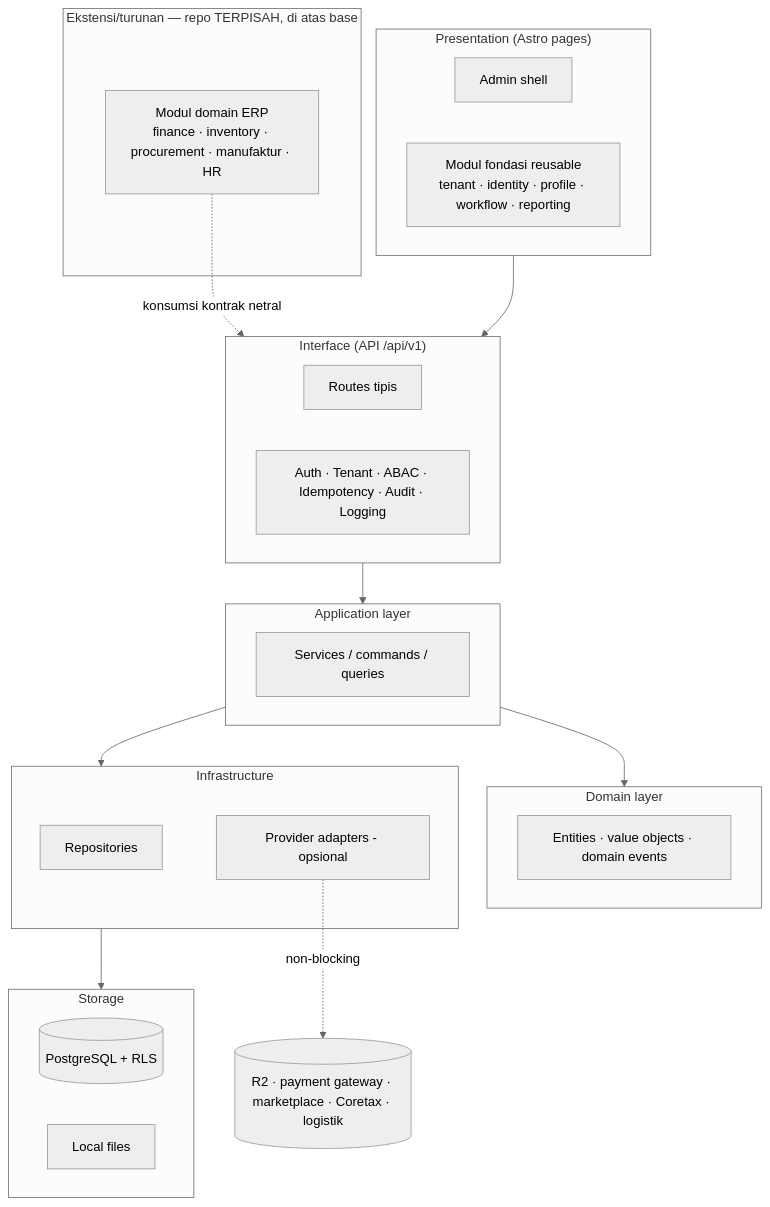
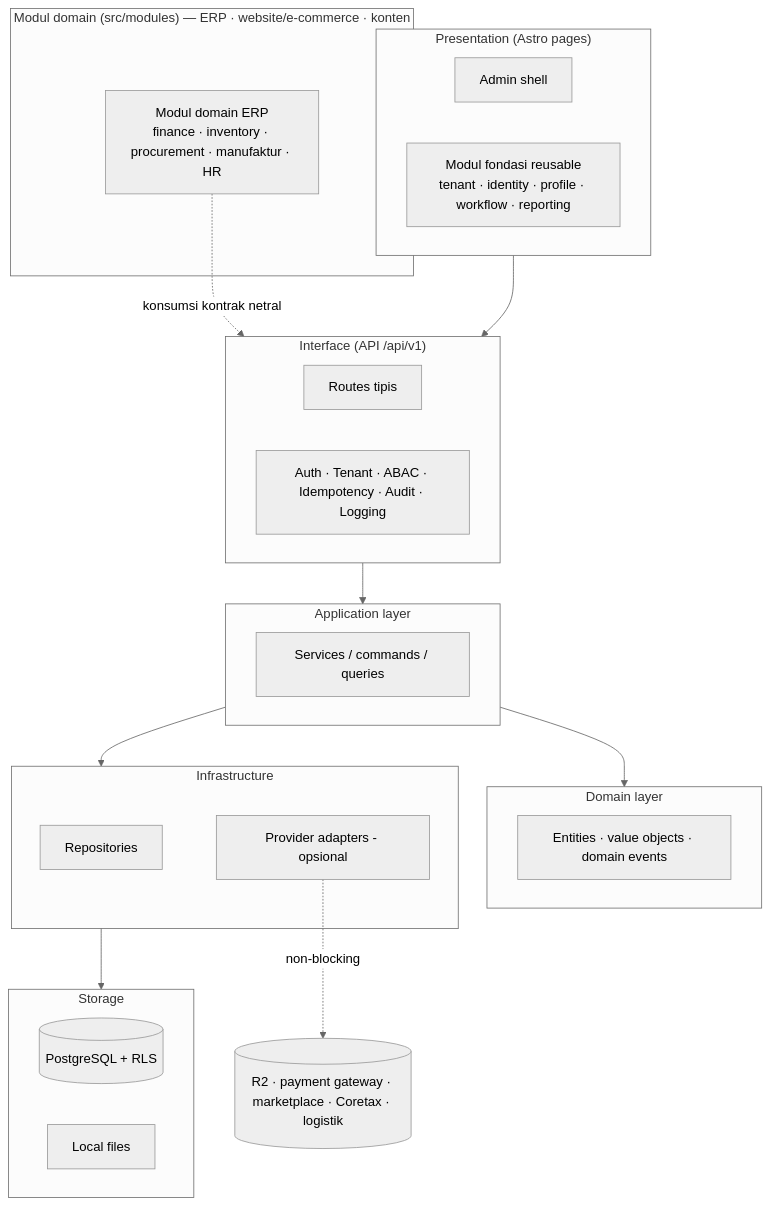
One commit to ahliweb/awcms changed the first of 3 diagrams in docs/awcms/01_canvas_induk.md. Above: the diagram before and after it, drawn with Mermaid (neutral theme). The commit also changed other lines of this file and 21 other files, not shown here.

````diff
--- a/docs/awcms/01_canvas_induk.md
+++ b/docs/awcms/01_canvas_induk.md
@@ -27,34 +27,34 @@
 ```mermaid
 flowchart TB
   subgraph Presentation["Presentation (Astro pages)"]
     Admin[Admin shell]
     App[Modul fondasi reusable<br/>tenant · identity · profile · workflow · reporting]
   end
-  subgraph Ext["Ekstensi/turunan — repo TERPISAH, di atas base"]
+  subgraph Ext["Modul domain (src/modules) — ERP · website/e-commerce · konten"]
     ERP[Modul domain ERP<br/>finance · inventory · procurement · manufaktur · HR]
   end
   ERP -.konsumsi kontrak netral.-> Interface
   subgraph Interface["Interface (API /api/v1)"]
     Routes[Routes tipis]
     Middleware[Auth · Tenant · ABAC · Idempotency · Audit · Logging]
   end
   subgraph Application["Application layer"]
     Services[Services / commands / queries]
   end
   subgraph Domain["Domain layer"]
     Entities[Entities · value objects · domain events]
   end
   subgraph Infrastructure["Infrastructure"]
     Repo[Repositories]
     Providers[Provider adapters - opsional]
   end
   subgraph Storage["Storage"]
     DB[(PostgreSQL + RLS)]
     Files[Local files]
   end
 
   Presentation --> Interface --> Application --> Domain
   Application --> Infrastructure
   Infrastructure --> Storage
   Providers -. non-blocking .-> External[(R2 · payment gateway · marketplace · Coretax · logistik)]
 ```
````
